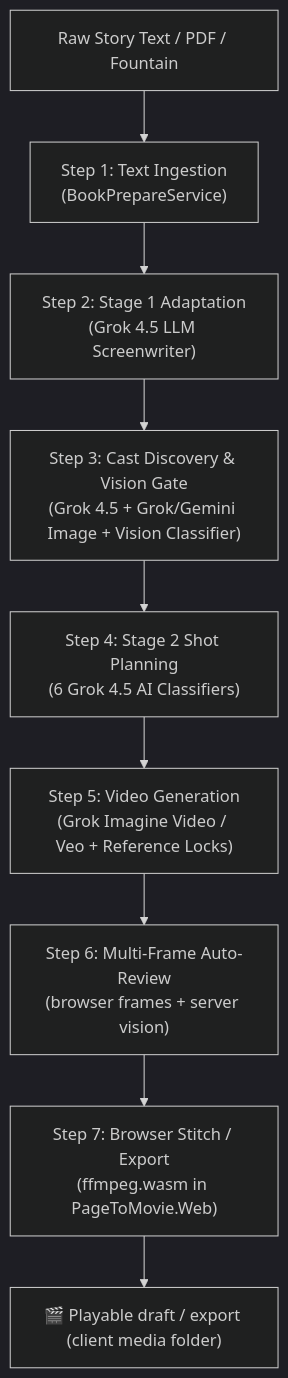
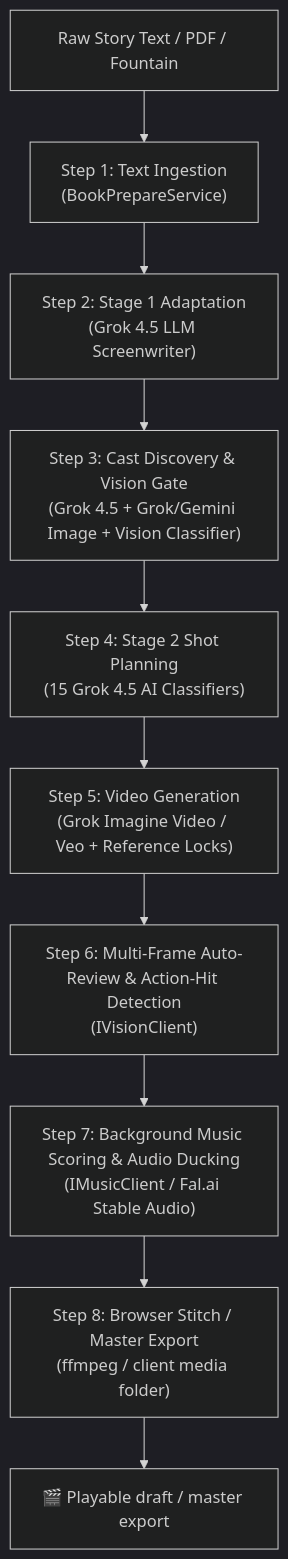
Before and after one commit to budcribar/FilmStudio: the diagram in README.md, drawn with Mermaid (dark theme). The commit also changed 9 other files, not shown here.

Commit message:
feat(music): implement model-agnostic background music scoring with audio ducking and configuration controls

````diff
--- a/README.md
+++ b/README.md
@@ -75,11 +75,12 @@
 ```mermaid
 flowchart TD
     A["Raw Story Text / PDF / Fountain"] --> B["Step 1: Text Ingestion\n(BookPrepareService)"]
     B --> C["Step 2: Stage 1 Adaptation\n(Grok 4.5 LLM Screenwriter)"]
     C --> D["Step 3: Cast Discovery & Vision Gate\n(Grok 4.5 + Grok/Gemini Image + Vision Classifier)"]
-    D --> E["Step 4: Stage 2 Shot Planning\n(6 Grok 4.5 AI Classifiers)"]
+    D --> E["Step 4: Stage 2 Shot Planning\n(15 Grok 4.5 AI Classifiers)"]
     E --> F["Step 5: Video Generation\n(Grok Imagine Video / Veo + Reference Locks)"]
-    F --> G["Step 6: Multi-Frame Auto-Review\n(browser frames + server vision)"]
-    G --> H["Step 7: Browser Stitch / Export\n(ffmpeg.wasm in PageToMovie.Web)"]
-    H --> I["🎬 Playable draft / export (client media folder)"]
+    F --> G["Step 6: Multi-Frame Auto-Review & Action-Hit Detection\n(IVisionClient)"]
+    G --> H["Step 7: Background Music Scoring & Audio Ducking\n(IMusicClient / Fal.ai Stable Audio)"]
+    H --> I["Step 8: Browser Stitch / Master Export\n(ffmpeg / client media folder)"]
+    I --> J["🎬 Playable draft / master export"]
 ```
````
